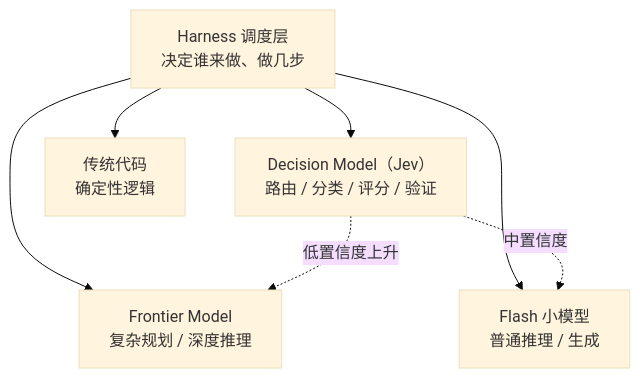
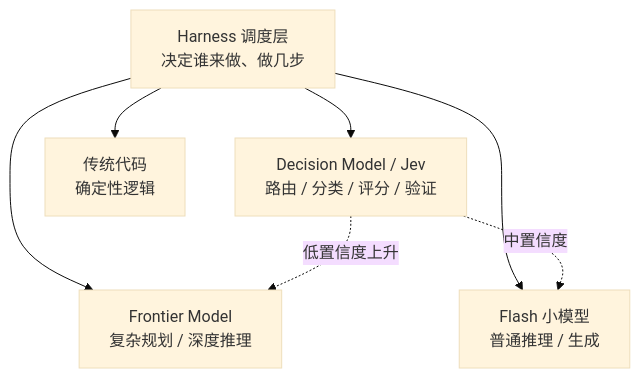
The second of 2 diagrams in source/_posts/jev-system-one-decision-model-deep-dive.md (Hash-dogs/hexo-blog), drawn with Mermaid (base theme) before and after one commit. The commit also changed other lines of this file, not shown here.

First line of the commit message:
fix: 修复 Jev 博文流程图字号过小问题

```diff
--- a/source/_posts/jev-system-one-decision-model-deep-dive.md
+++ b/source/_posts/jev-system-one-decision-model-deep-dive.md
@@ -534,10 +532,10 @@
 {% mermaid %}
 flowchart TB
     H["Harness 调度层<br/>决定谁来做、做几步"]
     H --> F["Frontier Model<br/>复杂规划 / 深度推理"]
     H --> FL["Flash 小模型<br/>普通推理 / 生成"]
-    H --> D["Decision Model（Jev）<br/>路由 / 分类 / 评分 / 验证"]
+    H --> D["Decision Model / Jev<br/>路由 / 分类 / 评分 / 验证"]
     H --> C["传统代码<br/>确定性逻辑"]
     D -.低置信度上升.-> F
     D -.中置信度.-> FL
 {% endmermaid %}
```
